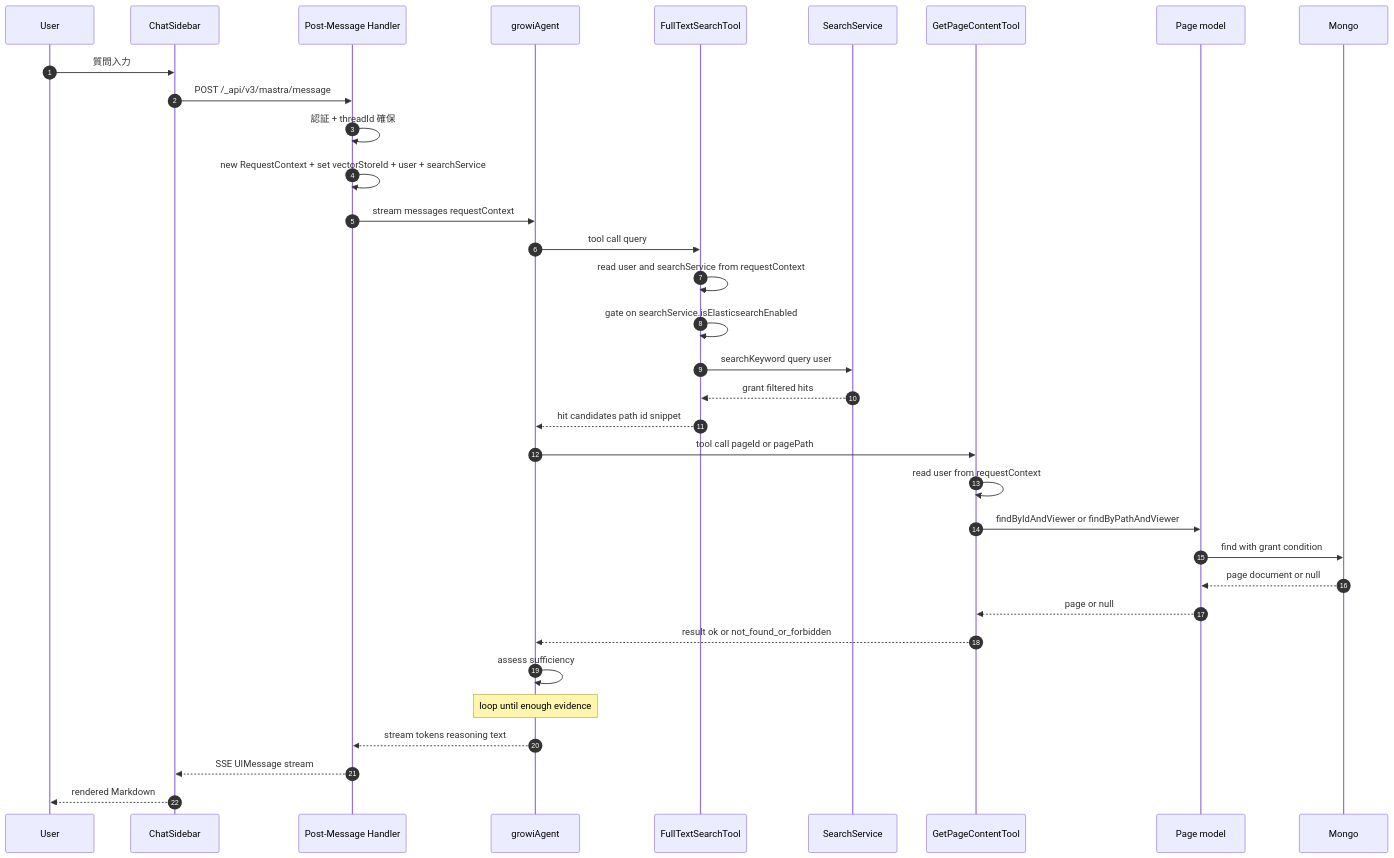
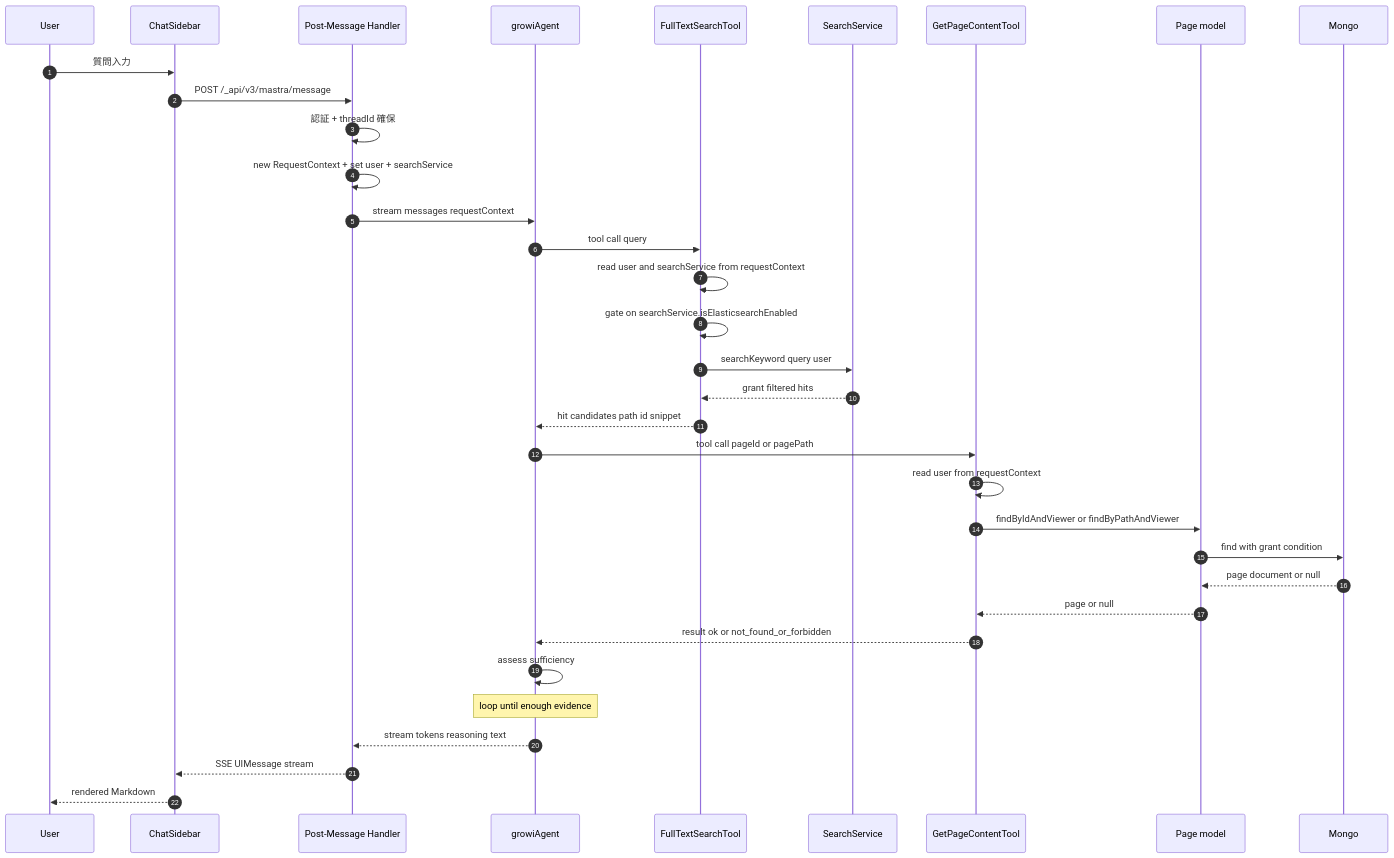
Before and after one commit to growilabs/growi: the second of 4 diagrams in .kiro/specs/ai-agentic-search/design.md, drawn with Mermaid. The commit also changed other lines of this file and 36 other files, not shown here.

````diff
--- a/.kiro/specs/ai-agentic-search/design.md
+++ b/.kiro/specs/ai-agentic-search/design.md
@@ -204,37 +159,37 @@
 ```mermaid
 sequenceDiagram
     autonumber
     participant User
     participant ChatSidebar
     participant PostMessage as Post-Message Handler
     participant Agent as growiAgent
     participant FullText as FullTextSearchTool
     participant SearchSvc as SearchService
     participant GetPage as GetPageContentTool
     participant Page as Page model
     participant Mongo
 
     User->>ChatSidebar: 質問入力
     ChatSidebar->>PostMessage: POST /_api/v3/mastra/message
     PostMessage->>PostMessage: 認証 + threadId 確保
-    PostMessage->>PostMessage: new RequestContext + set vectorStoreId + user + searchService
+    PostMessage->>PostMessage: new RequestContext + set user + searchService
     PostMessage->>Agent: stream messages requestContext
     Agent->>FullText: tool call query
     FullText->>FullText: read user and searchService from requestContext
     FullText->>FullText: gate on searchService.isElasticsearchEnabled
     FullText->>SearchSvc: searchKeyword query user
     SearchSvc-->>FullText: grant filtered hits
     FullText-->>Agent: hit candidates path id snippet
     Agent->>GetPage: tool call pageId or pagePath
     GetPage->>GetPage: read user from requestContext
     GetPage->>Page: findByIdAndViewer or findByPathAndViewer
     Page->>Mongo: find with grant condition
     Mongo-->>Page: page document or null
     Page-->>GetPage: page or null
     GetPage-->>Agent: result ok or not_found_or_forbidden
     Agent->>Agent: assess sufficiency
     Note over Agent: loop until enough evidence
     Agent-->>PostMessage: stream tokens reasoning text
     PostMessage-->>ChatSidebar: SSE UIMessage stream
     ChatSidebar-->>User: rendered Markdown
 ```
````
